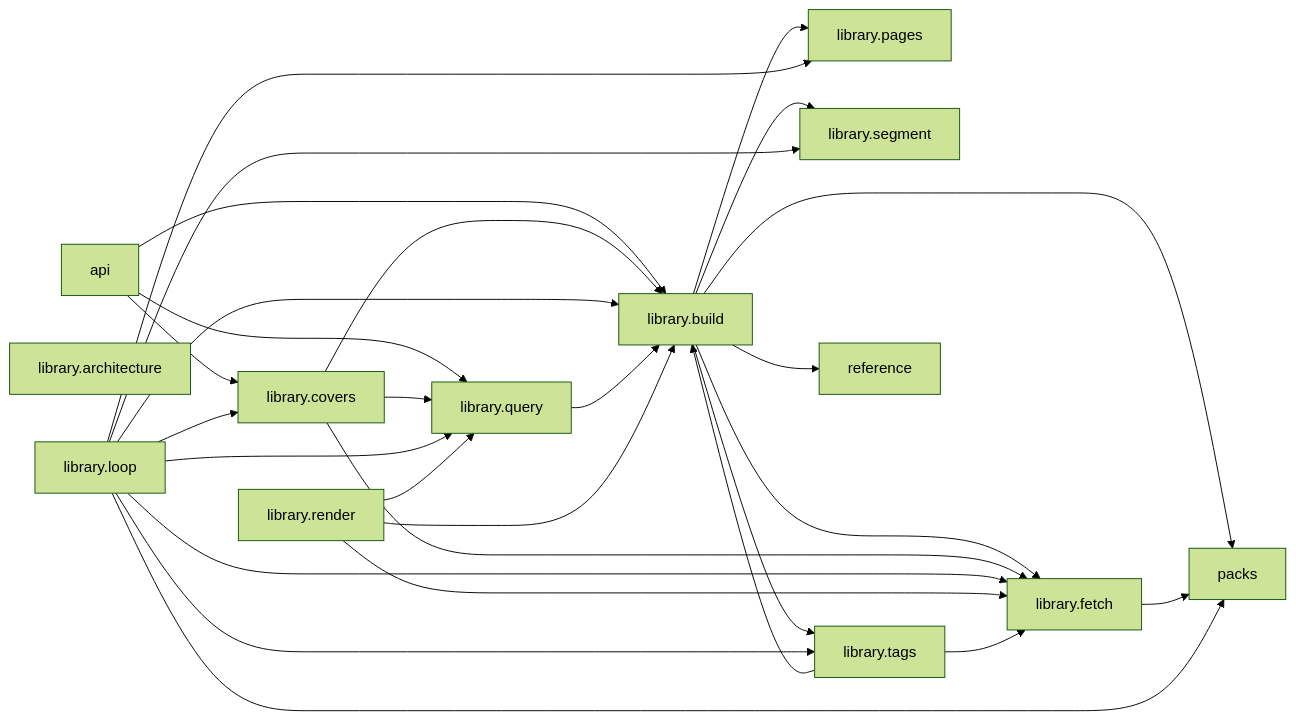
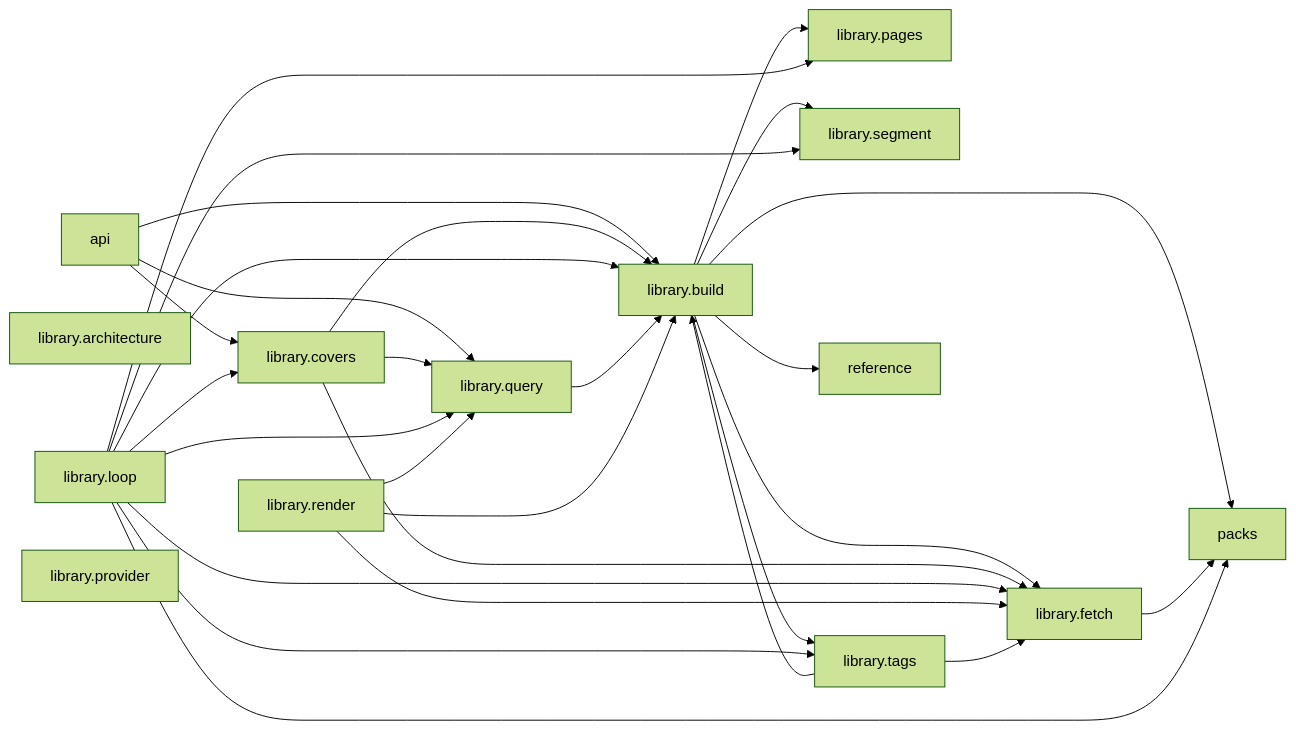
Before and after one commit to reversely/lifekit: the first of 2 diagrams in docs/content/architecture.md, drawn with Mermaid (forest theme). The commit also changed other lines of this file and 6 other files, not shown here.

````diff
--- a/docs/content/architecture.md
+++ b/docs/content/architecture.md
@@ -9,43 +9,44 @@
 ```mermaid
 graph LR
   lifekit_api["api"]
   lifekit_api --> lifekit_library_build
   lifekit_api --> lifekit_library_covers
   lifekit_api --> lifekit_library_query
   lifekit_library_architecture["library.architecture"]
   lifekit_library_build["library.build"]
   lifekit_library_build --> lifekit_library_fetch
   lifekit_library_build --> lifekit_library_pages
   lifekit_library_build --> lifekit_library_segment
   lifekit_library_build --> lifekit_library_tags
   lifekit_library_build --> lifekit_packs
   lifekit_library_build --> lifekit_reference
   lifekit_library_covers["library.covers"]
   lifekit_library_covers --> lifekit_library_build
   lifekit_library_covers --> lifekit_library_fetch
   lifekit_library_covers --> lifekit_library_query
   lifekit_library_fetch["library.fetch"]
   lifekit_library_fetch --> lifekit_packs
   lifekit_library_loop["library.loop"]
   lifekit_library_loop --> lifekit_library_build
   lifekit_library_loop --> lifekit_library_covers
   lifekit_library_loop --> lifekit_library_fetch
   lifekit_library_loop --> lifekit_library_pages
   lifekit_library_loop --> lifekit_library_query
   lifekit_library_loop --> lifekit_library_segment
   lifekit_library_loop --> lifekit_library_tags
   lifekit_library_loop --> lifekit_packs
   lifekit_library_pages["library.pages"]
+  lifekit_library_provider["library.provider"]
   lifekit_library_query["library.query"]
   lifekit_library_query --> lifekit_library_build
   lifekit_library_render["library.render"]
   lifekit_library_render --> lifekit_library_build
   lifekit_library_render --> lifekit_library_fetch
   lifekit_library_render --> lifekit_library_query
   lifekit_library_segment["library.segment"]
   lifekit_library_tags["library.tags"]
   lifekit_library_tags --> lifekit_library_build
   lifekit_library_tags --> lifekit_library_fetch
   lifekit_packs["packs"]
   lifekit_reference["reference"]
 ```
````
